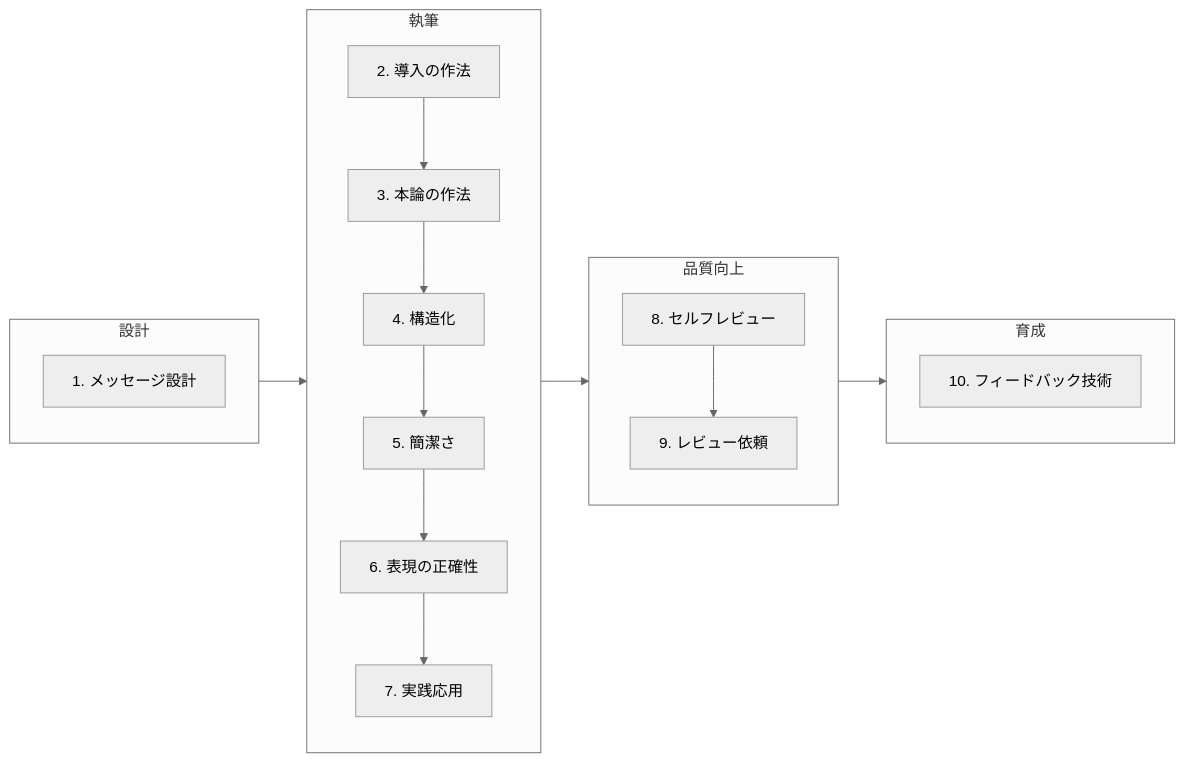
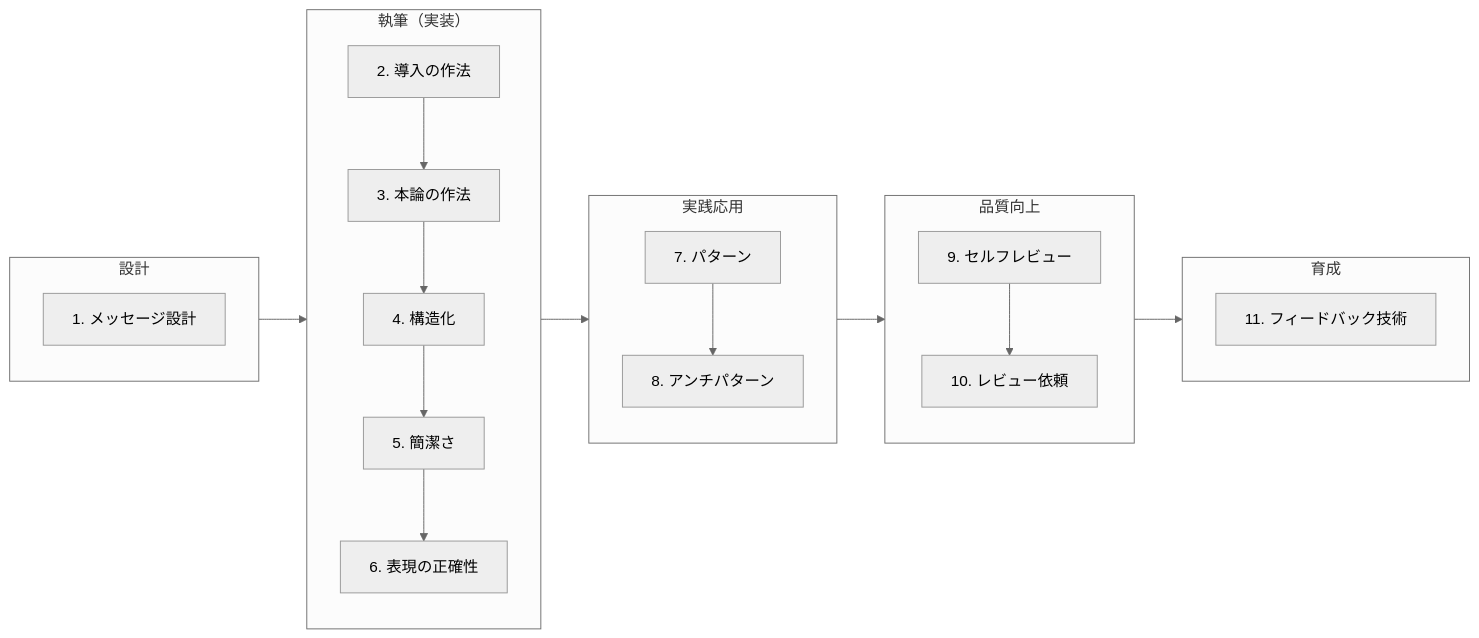
The diagram in documents/forTechnicalWriting/technical_writing_guidelines.md (future-architect/arch-guidelines), drawn with Mermaid (neutral theme) before and after one commit. The commit also changed other lines of this file, not shown here.

````diff
--- a/documents/forTechnicalWriting/technical_writing_guidelines.md
+++ b/documents/forTechnicalWriting/technical_writing_guidelines.md
@@ -55,31 +59,36 @@
 ```mermaid
 flowchart LR
     subgraph sg1 [設計]
         direction TB
         step1["1. メッセージ設計"]
     end
-    subgraph sg2 [執筆]
+    subgraph sg2 [執筆（実装）]
         direction TB
         step2["2. 導入の作法"]
         step3["3. 本論の作法"]
         step4["4. 構造化"]
         step5["5. 簡潔さ"]
         step6["6. 表現の正確性"]
-        step7["7. 実践応用"]
-
-        step2 --> step3 --> step4 --> step5 --> step6 --> step7
-    end
-    subgraph sg3 [品質向上]
-        direction TB
-        step8["8. セルフレビュー"]
-        step9["9. レビュー依頼"]
-
-        step8 --> step9
-    end
-        subgraph sg4 [育成]
-        direction TB
-        step10["10. フィードバック技術"]
+        step2 --> step3 --> step4 --> step5 --> step6
     end
 
-    sg1 --> sg2 --> sg3 --> sg4
+    subgraph sg3 [実践応用]
+        direction TB
+        step7["7. パターン"]
+        step8["8. アンチパターン"]
+        step7 --> step8
+    end
+
+    subgraph sg4 [品質向上]
+        direction TB
+        step9["9. セルフレビュー"]
+        step10["10. レビュー依頼"]
+        step9 --> step10
+    end
+        subgraph sg5 [育成]
+        direction TB
+        step11["11. フィードバック技術"]
+    end
+
+    sg1 --> sg2 --> sg3 --> sg4 --> sg5
 ```
````
